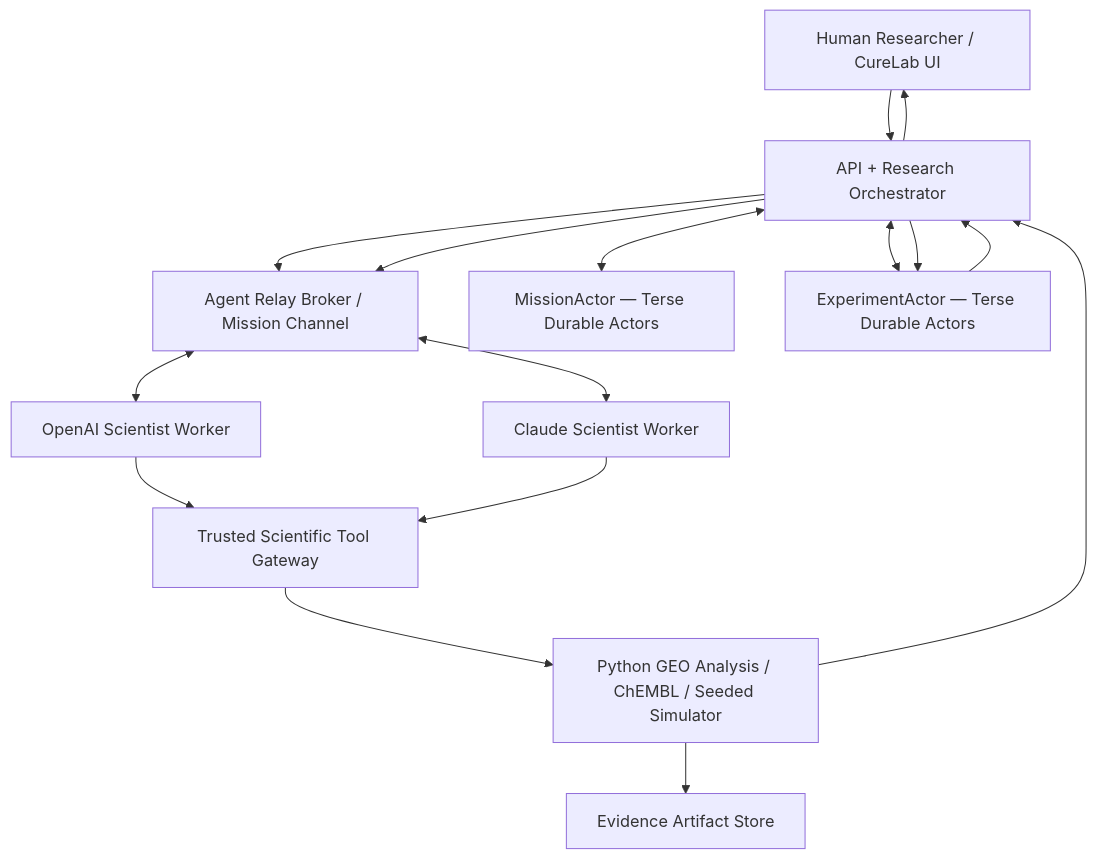
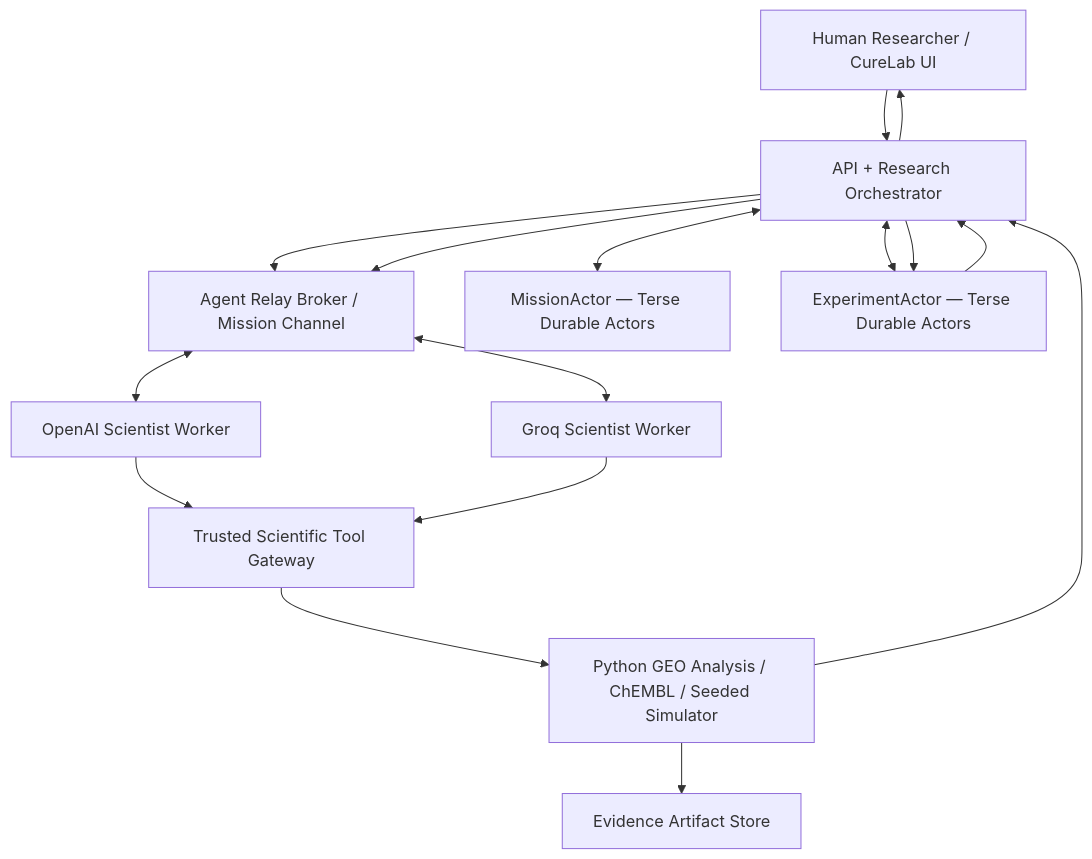
Before and after one commit to luxinlabs/mearc-curelab: the sixth of 7 diagrams in CureLab_System_Design.md, drawn with Mermaid. The commit also changed other lines of this file and 22 other files, not shown here.

````diff
--- a/CureLab_System_Design.md
+++ b/CureLab_System_Design.md
@@ -392,18 +467,18 @@
 ```mermaid
 flowchart TD
     UI[Human Researcher / CureLab UI] --> API[API + Research Orchestrator]
     API --> R[Agent Relay Broker / Mission Channel]
     R <--> O[OpenAI Scientist Worker]
-    R <--> C[Claude Scientist Worker]
+    R <--> C[Groq Scientist Worker]
     API <--> M[MissionActor — Terse Durable Actors]
     API <--> E[ExperimentActor — Terse Durable Actors]
     O --> G[Trusted Scientific Tool Gateway]
     C --> G
     G --> X[Python GEO Analysis / ChEMBL / Seeded Simulator]
     X --> S[Evidence Artifact Store]
     X --> API
     API --> E
     E --> API
     API --> R
     API --> UI
 ```
````
